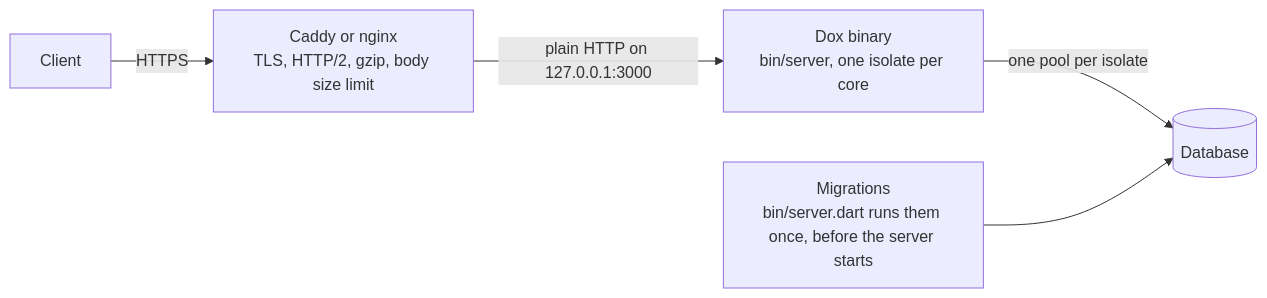
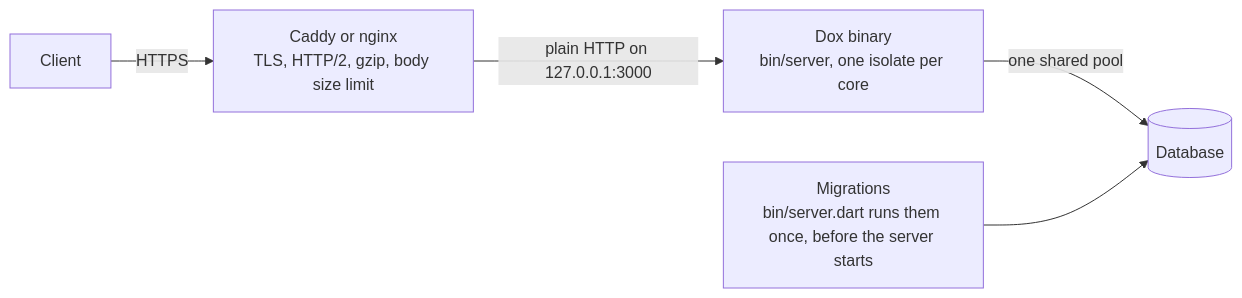
The diagram in docs/digging-deeper/deployment.md (dartondox/dox), drawn with Mermaid before and after one commit. The commit also changed other lines of this file and 204 other files, not shown here.

````diff
--- a/docs/digging-deeper/deployment.md
+++ b/docs/digging-deeper/deployment.md
@@ -103,7 +103,7 @@
 ```mermaid
 flowchart LR
     C["Client"] -->|HTTPS| X["Caddy or nginx<br>TLS, HTTP/2, gzip, body size limit"]
     X -->|"plain HTTP on 127.0.0.1:3000"| D["Dox binary<br>bin/server, one isolate per core"]
-    D -->|"one pool per isolate"| DB[("Database")]
+    D -->|"one shared pool"| DB[("Database")]
     M["Migrations<br>bin/server.dart runs them once, before the server starts"] --> DB
 ```
````
